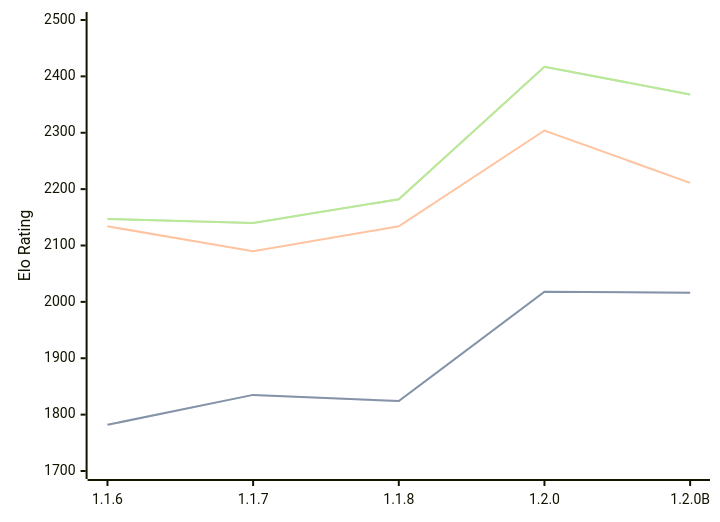
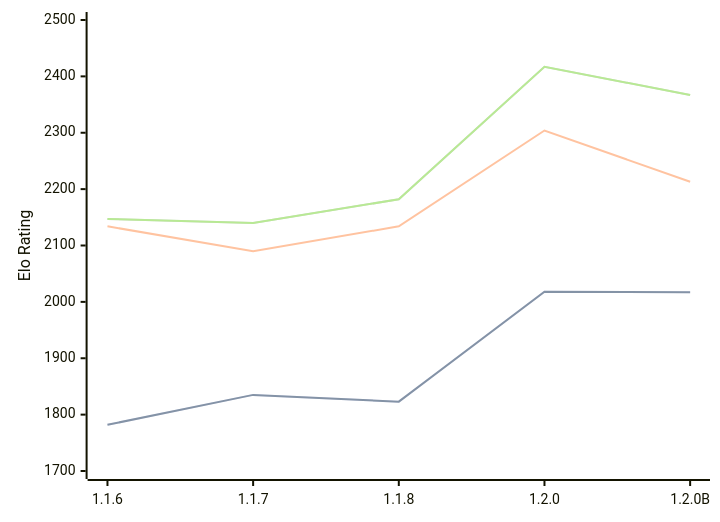
Before and after one commit to computer-chess-index/cci: the diagram in engines/Soomi.md, drawn with Mermaid. The commit also changed other lines of this file, not shown here.

Commit message:
Update CCI Ratings (ELO VLTC) - 2026-07-22

````diff
--- a/engines/Soomi.md
+++ b/engines/Soomi.md
@@ -35,11 +35,11 @@
 ```mermaid
 %%{init: {"theme":"base","themeVariables":{"seriesColors:['#a3a3a3','#222221','#faa371']}}}%%
 xychart-beta
   x-axis ["1.1.6", "1.1.7", "1.1.8", "1.2.0", "1.2.0B"]
   y-axis "Elo Rating" 1700 --> 2500
-  line "STC (8.0+0.08s)" [1782, 1835, 1824, 2018, 2016]
-  line "STC (8.0+0.08s)" [1782, 1835, 1824, 2018, 2016]
-  line "LTC (60.0+0.60s)" [2134, 2090, 2134, 2304, 2211]
-  line "VLTC (2m24s+1.12s)" [2147, 2140, 2182, 2417, 2368]
-  line "VLTC (2m24s+1.12s)" [2147, 2140, 2182, 2417, 2368]
+  line "STC (8.0+0.08s)" [1782, 1835, 1823, 2018, 2017]
+  line "STC (8.0+0.08s)" [1782, 1835, 1823, 2018, 2017]
+  line "LTC (60.0+0.60s)" [2134, 2090, 2134, 2304, 2213]
+  line "VLTC (2m24s+1.12s)" [2147, 2140, 2182, 2417, 2367]
+  line "VLTC (2m24s+1.12s)" [2147, 2140, 2182, 2417, 2367]
 ```
````
